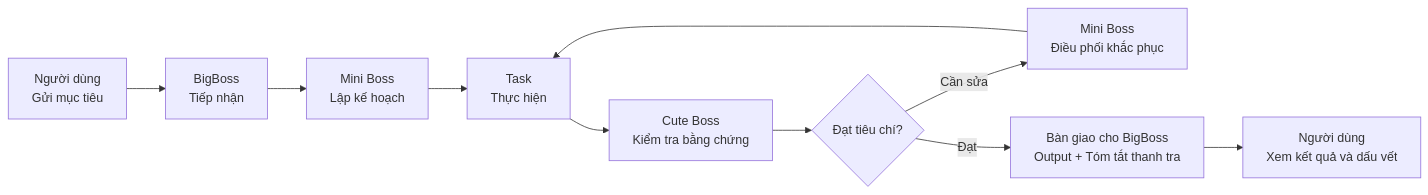
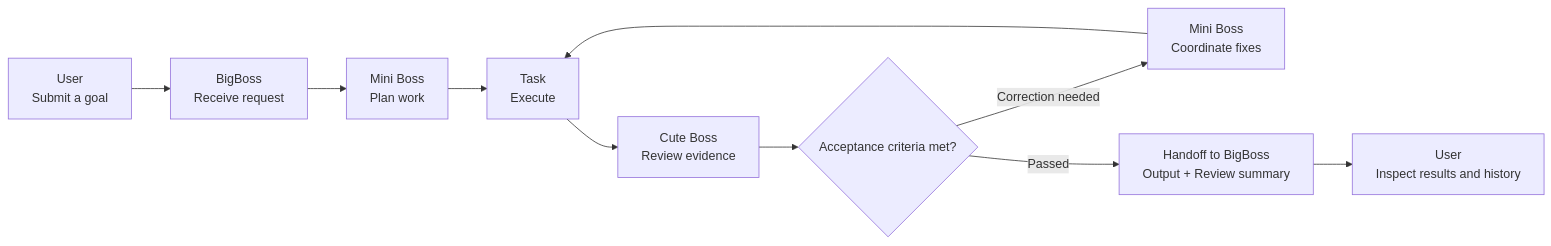
One commit to bentarofficial/bigspy-ai-connect-release changed the second of 3 diagrams in README.md. Above: the diagram before and after it, drawn with Mermaid. The commit also changed other lines of this file, not shown here.

Commit message:
docs: present README tables and architecture diagrams in English

````diff
--- a/README.md
+++ b/README.md
@@ -112,12 +113,12 @@
 ```mermaid
 flowchart LR
-    A["Người dùng<br/>Gửi mục tiêu"] --> B["BigBoss<br/>Tiếp nhận"]
-    B --> C["Mini Boss<br/>Lập kế hoạch"]
-    C --> D["Task<br/>Thực hiện"]
-    D --> F["Cute Boss<br/>Kiểm tra bằng chứng"]
-    F --> Q{"Đạt tiêu chí?"}
-    Q -->|"Cần sửa"| R["Mini Boss<br/>Điều phối khắc phục"]
+    A["User<br/>Submit a goal"] --> B["BigBoss<br/>Receive request"]
+    B --> C["Mini Boss<br/>Plan work"]
+    C --> D["Task<br/>Execute"]
+    D --> F["Cute Boss<br/>Review evidence"]
+    F --> Q{"Acceptance criteria met?"}
+    Q -->|"Correction needed"| R["Mini Boss<br/>Coordinate fixes"]
     R --> D
-    Q -->|"Đạt"| H["Bàn giao cho BigBoss<br/>Output + Tóm tắt thanh tra"]
-    H --> I["Người dùng<br/>Xem kết quả và dấu vết"]
+    Q -->|"Passed"| H["Handoff to BigBoss<br/>Output + Review summary"]
+    H --> I["User<br/>Inspect results and history"]
 ```
````
